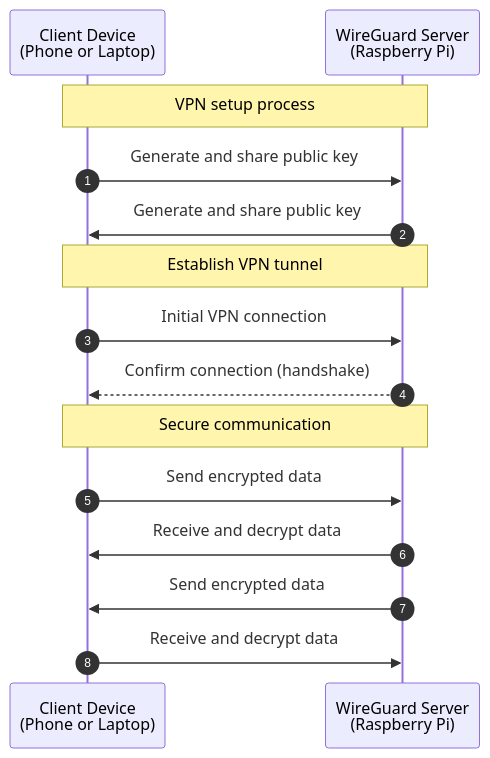
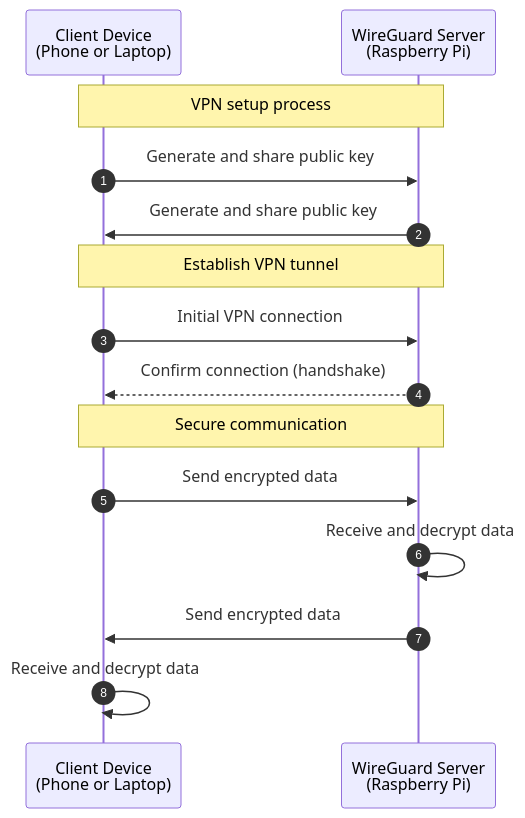
Before and after one commit to tasnimzotder/portfolio: the diagram in src/content/22.setting-up-a-point-to-point-wireguard-vpn-server-on-raspberry-pi.mdx, drawn with Mermaid. The commit also changed other lines of this file and 1 other file, not shown here.

````diff
--- a/src/content/22.setting-up-a-point-to-point-wireguard-vpn-server-on-raspberry-pi.mdx
+++ b/src/content/22.setting-up-a-point-to-point-wireguard-vpn-server-on-raspberry-pi.mdx
@@ -22,22 +243,22 @@
 ```mermaid
 sequenceDiagram
   autonumber
 
   participant Client as Client Device<br>(Phone or Laptop)
   participant Server as WireGuard Server<br>(Raspberry Pi)
 
   Note over Client, Server: VPN setup process
   Client ->> Server: Generate and share public key
   Server ->> Client: Generate and share public key
 
   Note over Client, Server: Establish VPN tunnel
   Client ->> Server: Initial VPN connection
   Server -->> Client: Confirm connection (handshake)
 
   Note over Client, Server: Secure communication
   Client ->> Server: Send encrypted data
-  Server ->> Client: Receive and decrypt data
+  Server ->> Server: Receive and decrypt data
 
   Server ->> Client: Send encrypted data
-  Client ->> Server: Receive and decrypt data
+  Client ->> Client: Receive and decrypt data
 ```
````
